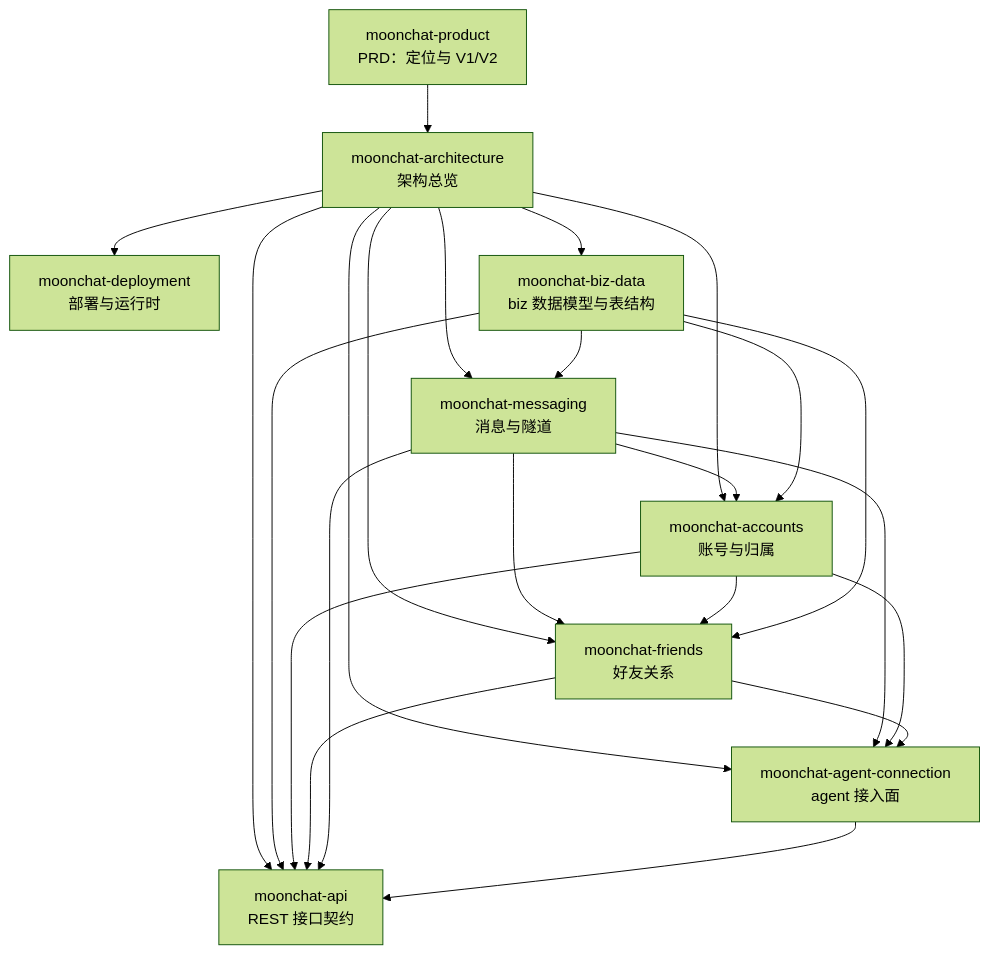
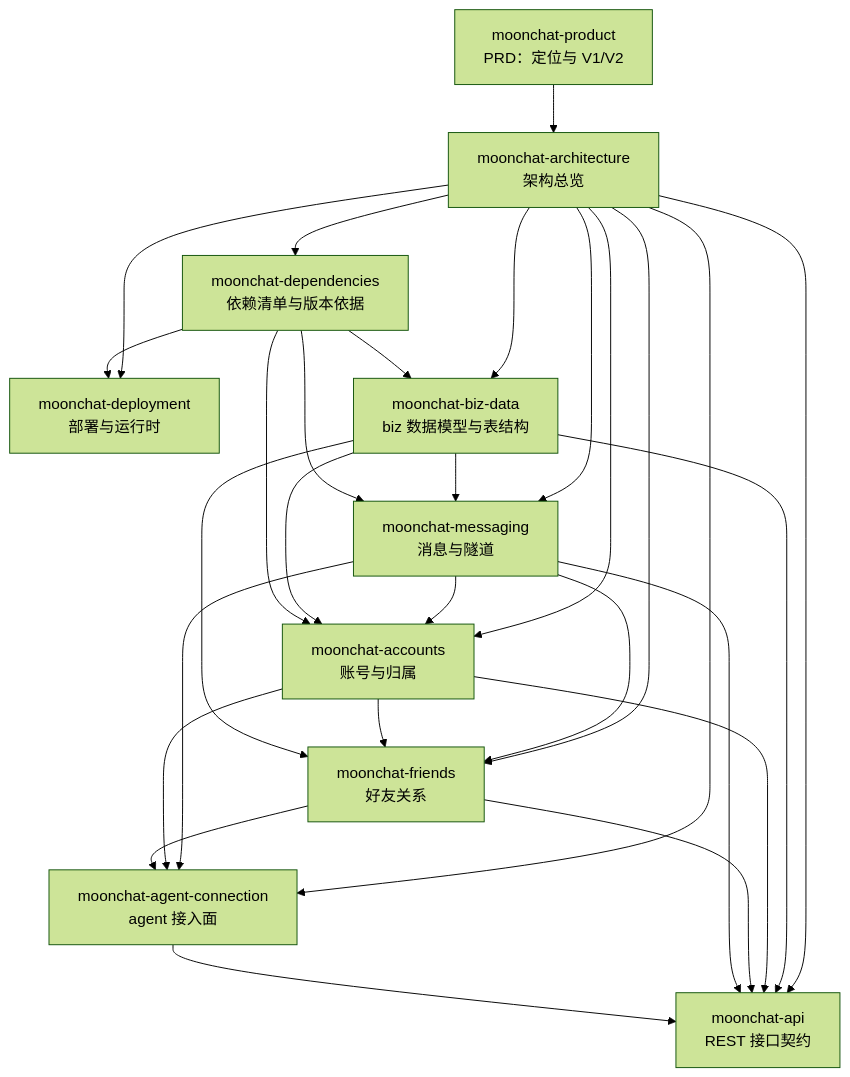
Before and after one commit to flssr/moonchat: the diagram in docs/README.md, drawn with Mermaid (forest theme). The commit also changed other lines of this file and 6 other files, not shown here.

````diff
--- a/docs/README.md
+++ b/docs/README.md
@@ -25,35 +26,41 @@
 ```mermaid
 graph TD
   P["moonchat-product<br/>PRD：定位与 V1/V2"]
   A["moonchat-architecture<br/>架构总览"]
   M["moonchat-messaging<br/>消息与隧道"]
   AC["moonchat-accounts<br/>账号与归属"]
   F["moonchat-friends<br/>好友关系"]
   AG["moonchat-agent-connection<br/>agent 接入面"]
   D["moonchat-deployment<br/>部署与运行时"]
   BD["moonchat-biz-data<br/>biz 数据模型与表结构"]
   API["moonchat-api<br/>REST 接口契约"]
+  DEP["moonchat-dependencies<br/>依赖清单与版本依据"]
 
   P --> A
   A --> M
   A --> AC
   A --> F
   A --> AG
   A --> D
   M --> AC
   M --> F
   M --> AG
   AC --> F
   AC --> AG
   F --> AG
   A --> BD
   BD --> M
   BD --> AC
   BD --> F
   A --> API
   BD --> API
   AC --> API
   F --> API
   M --> API
   AG --> API
+  A --> DEP
+  DEP --> D
+  DEP --> BD
+  DEP --> AC
+  DEP --> M
 ```
````
